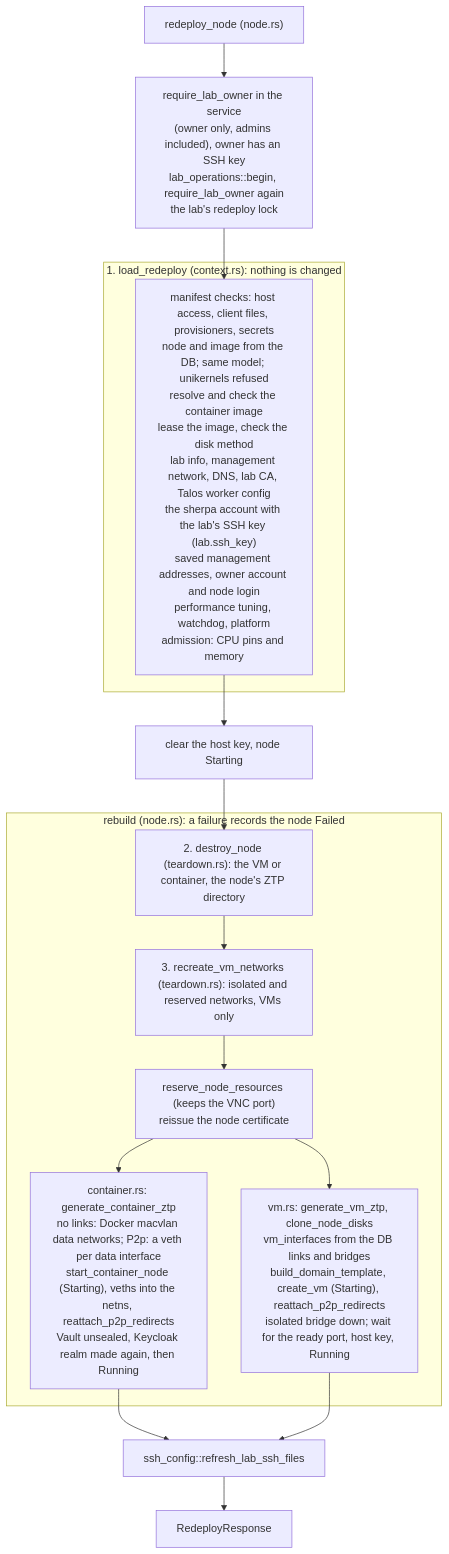
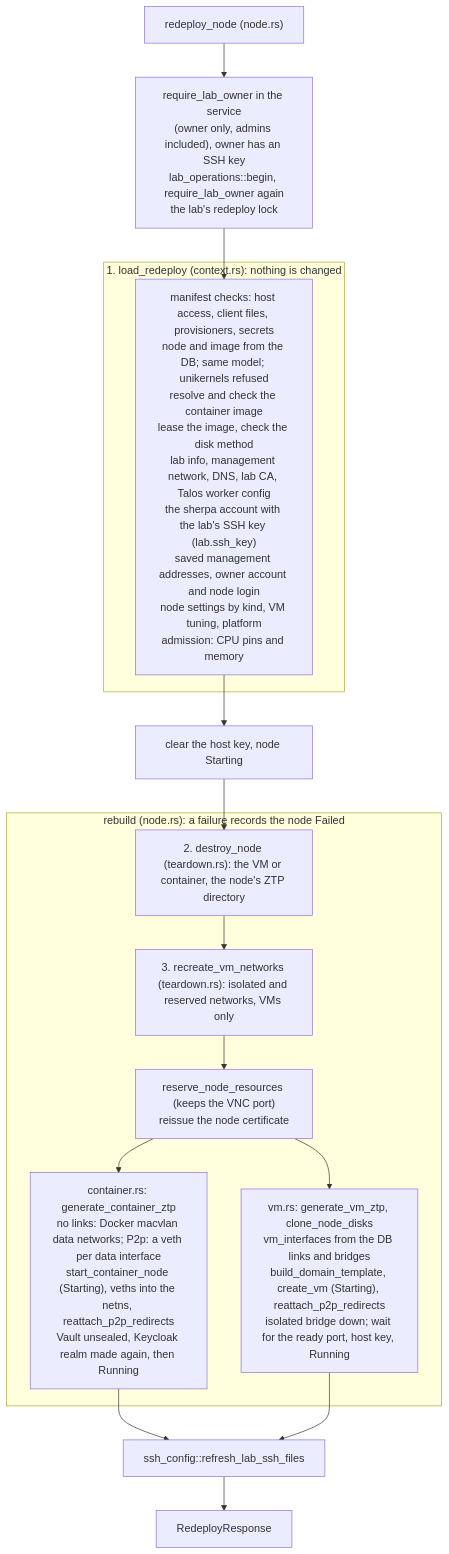
One commit to bwks/sherpa changed diagram 16 of 26 in docs/architecture/SERVER.md. Above: the diagram before and after it, drawn with Mermaid. The commit also changed other lines of this file and 94 other files, not shown here.

````diff
--- a/docs/architecture/SERVER.md
+++ b/docs/architecture/SERVER.md
@@ -810,19 +810,19 @@
 ```mermaid
 flowchart TB
     request["redeploy_node (node.rs)"] --> owner["require_lab_owner in the service<br/>(owner only, admins included), owner has an SSH key<br/>lab_operations::begin, require_lab_owner again<br/>the lab's redeploy lock"]
     owner --> load
     subgraph stage1["1. load_redeploy (context.rs): nothing is changed"]
-        load["manifest checks: host access, client files, provisioners, secrets<br/>node and image from the DB; same model; unikernels refused<br/>resolve and check the container image<br/>lease the image, check the disk method<br/>lab info, management network, DNS, lab CA, Talos worker config<br/>the sherpa account with the lab's SSH key (lab.ssh_key)<br/>saved management addresses, owner account and node login<br/>performance tuning, watchdog, platform<br/>admission: CPU pins and memory"]
+        load["manifest checks: host access, client files, provisioners, secrets<br/>node and image from the DB; same model; unikernels refused<br/>resolve and check the container image<br/>lease the image, check the disk method<br/>lab info, management network, DNS, lab CA, Talos worker config<br/>the sherpa account with the lab's SSH key (lab.ssh_key)<br/>saved management addresses, owner account and node login<br/>node settings by kind, VM tuning, platform<br/>admission: CPU pins and memory"]
     end
     load --> starting["clear the host key, node Starting"]
     starting --> destroy
     subgraph rebuild["rebuild (node.rs): a failure records the node Failed"]
         destroy["2. destroy_node (teardown.rs): the VM or container, the node's ZTP directory"] --> vmnets["3. recreate_vm_networks (teardown.rs): isolated and reserved networks, VMs only"]
         vmnets --> resources["reserve_node_resources (keeps the VNC port)<br/>reissue the node certificate"]
         resources --> ctr["container.rs: generate_container_ztp<br/>no links: Docker macvlan data networks; P2p: a veth per data interface<br/>start_container_node (Starting), veths into the netns, reattach_p2p_redirects<br/>Vault unsealed, Keycloak realm made again, then Running"]
         resources --> vm["vm.rs: generate_vm_ztp, clone_node_disks<br/>vm_interfaces from the DB links and bridges<br/>build_domain_template, create_vm (Starting), reattach_p2p_redirects<br/>isolated bridge down; wait for the ready port, host key, Running"]
     end
     ctr --> ssh["ssh_config::refresh_lab_ssh_files"]
     vm --> ssh
     ssh --> stream["RedeployResponse"]
 ```
````
